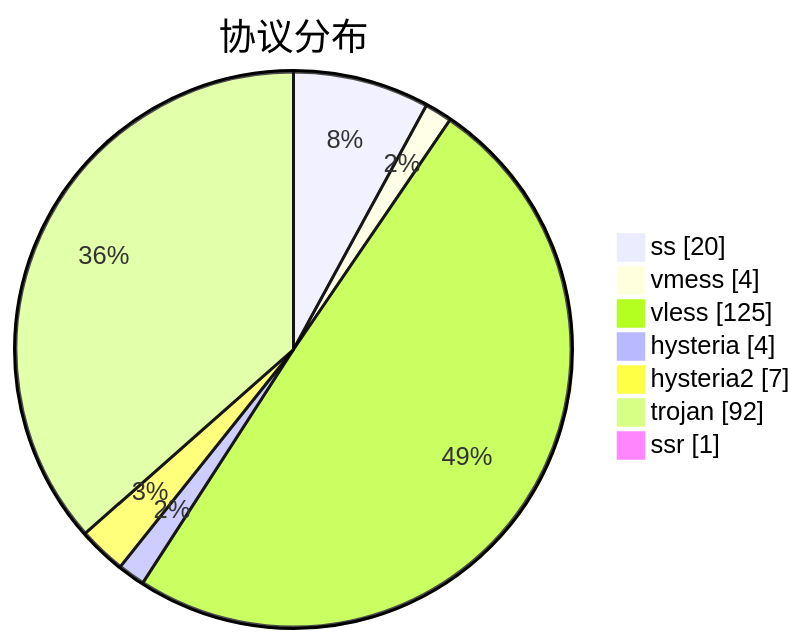
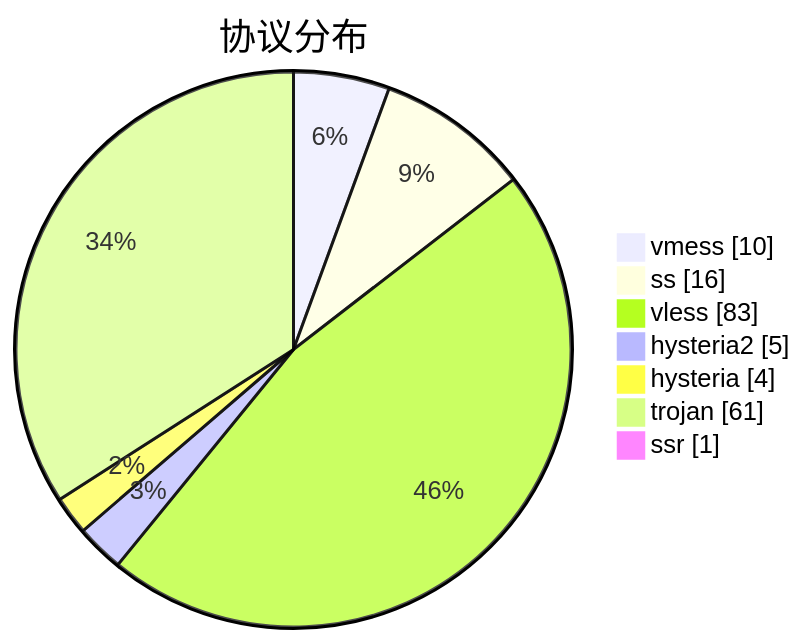
The third of 3 diagrams in subs/statistics/tested_within.md (sinspired/airport), drawn with Mermaid before and after one commit. The commit also changed other lines of this file and 2 other files, not shown here.

````diff
--- a/subs/statistics/tested_within.md
+++ b/subs/statistics/tested_within.md
@@ -38,11 +35,11 @@
 ```mermaid
 pie showData
 title 协议分布
-"ss" : 20
-"vmess" : 4
-"vless" : 125
+"vmess" : 10
+"ss" : 16
+"vless" : 83
+"hysteria2" : 5
 "hysteria" : 4
-"hysteria2" : 7
-"trojan" : 92
+"trojan" : 61
 "ssr" : 1
 ```
````
